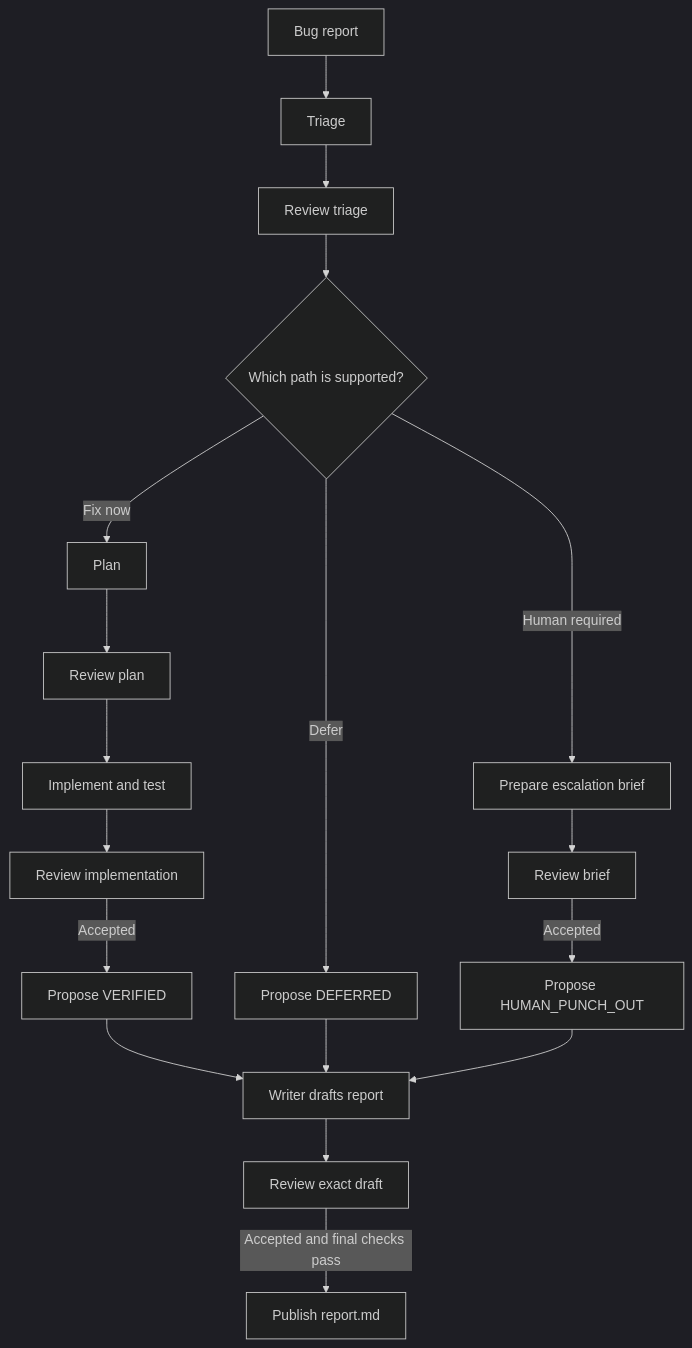
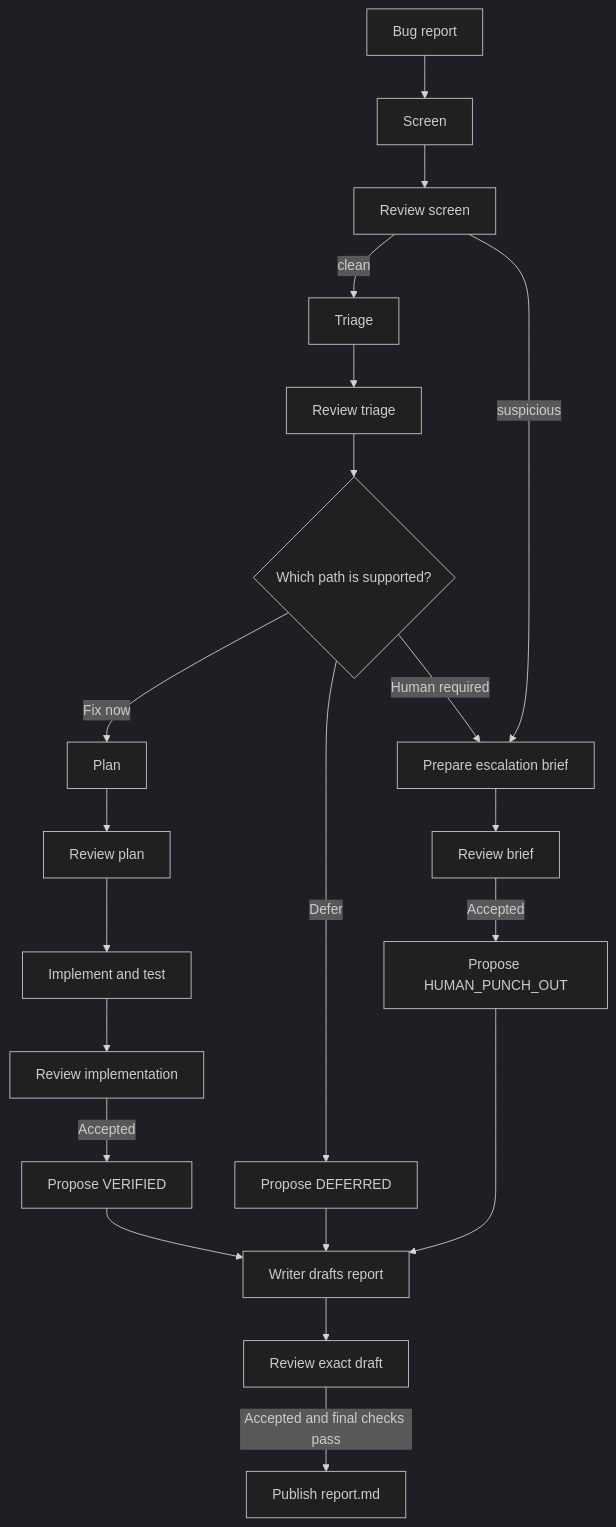
The first of 3 diagrams in understaning.md (rijojohn85/rijo-stage5), drawn with Mermaid (dark theme) before and after one commit. The commit also changed other lines of this file and 1 other file, not shown here.

````diff
--- a/understaning.md
+++ b/understaning.md
@@ -59,20 +60,23 @@
 ```mermaid
 flowchart TD
-    Bug[Bug report] --> Triage[Triage]
+    Bug[Bug report] --> Screen[Screen]
+    Screen --> ReviewS[Review screen]
+    ReviewS -->|clean| Triage[Triage]
+    ReviewS -->|suspicious| Escalate
     Triage --> ReviewT[Review triage]
     ReviewT --> Route{Which path is supported?}
     Route -->|Fix now| Plan[Plan]
     Plan --> ReviewP[Review plan]
     ReviewP --> Implement[Implement and test]
     Implement --> ReviewI[Review implementation]
     ReviewI -->|Accepted| Verified[Propose VERIFIED]
     Route -->|Defer| Deferred[Propose DEFERRED]
     Route -->|Human required| Escalate[Prepare escalation brief]
     Escalate --> ReviewE[Review brief]
     ReviewE -->|Accepted| Human[Propose HUMAN_PUNCH_OUT]
     Verified --> Writer[Writer drafts report]
     Deferred --> Writer
     Human --> Writer
     Writer --> ReviewW[Review exact draft]
     ReviewW -->|Accepted and final checks pass| Publish[Publish report.md]
 ```
````
